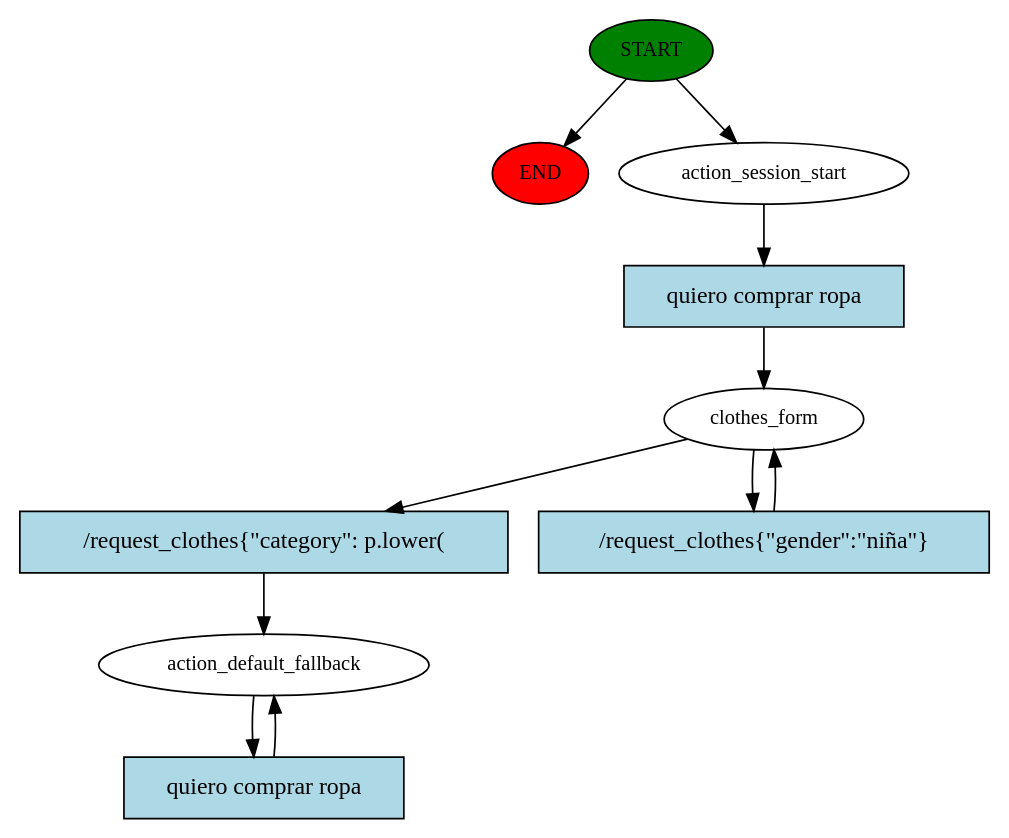
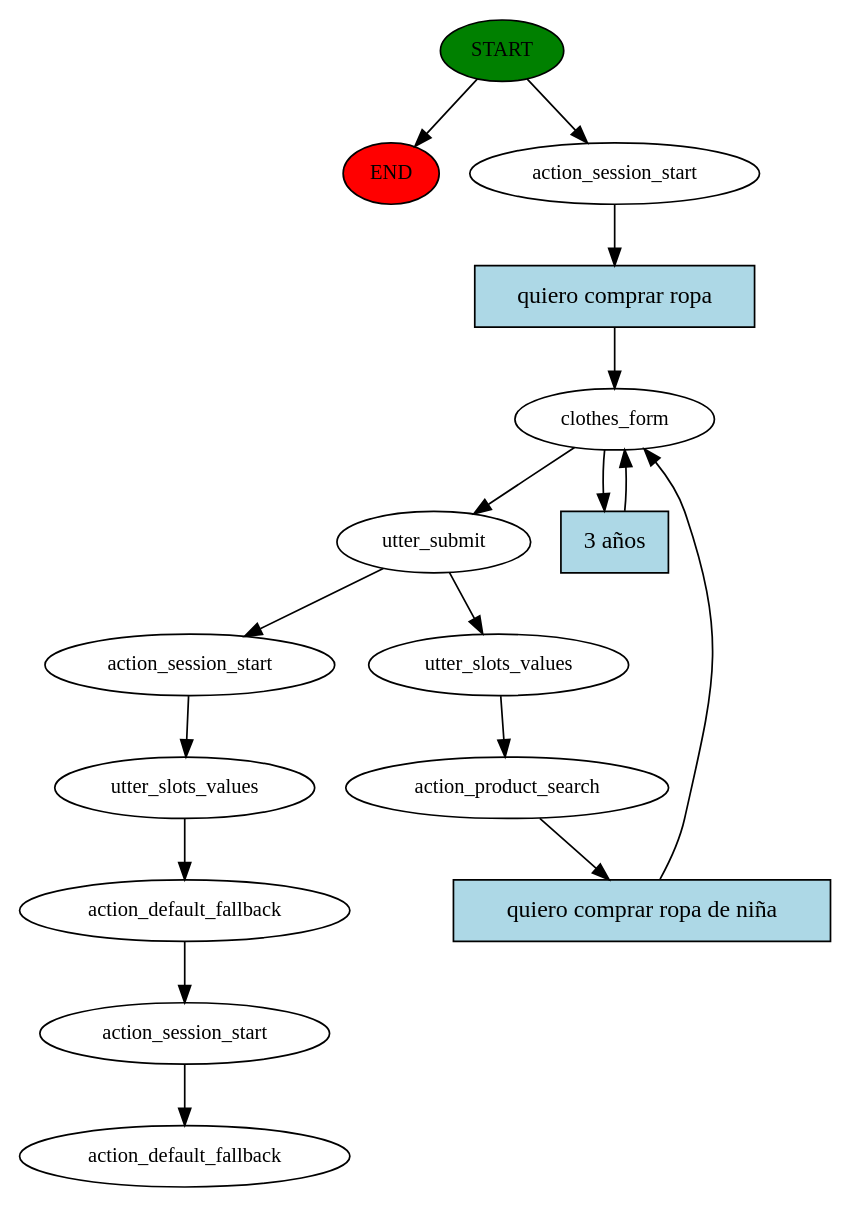
The diagram in chatbot/story_graph.dot (kabirivan/ChatBot-Clothes), drawn with Graphviz before and after one commit. The commit also changed 6 other files, not shown here.

```diff
--- a/chatbot/story_graph.dot
+++ b/chatbot/story_graph.dot
@@ -1,21 +1,33 @@
 digraph  {
 0 [class="start active", fillcolor=green, fontsize=12, label=START, style=filled];
 "-1" [class=end, fillcolor=red, fontsize=12, label=END, style=filled];
 1 [class=active, fontsize=12, label=action_session_start];
 2 [class=active, fontsize=12, label=clothes_form];
-4 [class="active dashed", fontsize=12, label=action_default_fallback];
-6 [class="intent active", fillcolor=lightblue, label="quiero comprar ropa", shape=rect, style=filled];
-7 [class="intent active", fillcolor=lightblue, label="/request_clothes{\"category\": p.lower(", shape=rect, style=filled];
-8 [class="intent active", fillcolor=lightblue, label="/request_clothes{\"gender\":\"niña\"}", shape=rect, style=filled];
-9 [class="intent active", fillcolor=lightblue, label="quiero comprar ropa", shape=rect, style=filled];
+6 [class=active, fontsize=12, label=utter_submit];
+7 [class=active, fontsize=12, label=utter_slots_values];
+8 [class=active, fontsize=12, label=action_product_search];
+18 [class=active, fontsize=12, label=action_session_start];
+19 [class=active, fontsize=12, label=utter_slots_values];
+20 [class=active, fontsize=12, label=action_default_fallback];
+21 [class=active, fontsize=12, label=action_session_start];
+22 [class="dashed active", fontsize=12, label=action_default_fallback];
+23 [class="intent active", fillcolor=lightblue, label="quiero comprar ropa", shape=rect, style=filled];
+24 [class="intent active", fillcolor=lightblue, label="3 años", shape=rect, style=filled];
+25 [class="intent active", fillcolor=lightblue, label="quiero comprar ropa de niña", shape=rect, style=filled];
 0 -> "-1"  [class="", key=NONE, label=""];
 0 -> 1  [class=active, key=NONE, label=""];
-1 -> 6  [class=active, key=0];
-2 -> 7  [class=active, key=0];
-2 -> 8  [class=active, key=0];
-4 -> 9  [class=active, key=0];
-6 -> 2  [class=active, key=0];
-7 -> 4  [class=active, key=0];
-8 -> 2  [class=active, key=0];
-9 -> 4  [class=active, key=0];
+1 -> 23  [class=active, key=0];
+2 -> 6  [class=active, key=NONE, label=""];
+2 -> 24  [class=active, key=0];
+6 -> 7  [class=active, key=NONE, label=""];
+6 -> 18  [class=active, key=NONE, label=""];
+7 -> 8  [class=active, key=NONE, label=""];
+8 -> 25  [class=active, key=0];
+18 -> 19  [class=active, key=NONE, label=""];
+19 -> 20  [class=active, key=NONE, label=""];
+20 -> 21  [class=active, key=NONE, label=""];
+21 -> 22  [class=active, key=NONE, label=""];
+23 -> 2  [class=active, key=0];
+24 -> 2  [class=active, key=0];
+25 -> 2  [class=active, key=0];
 }
```
